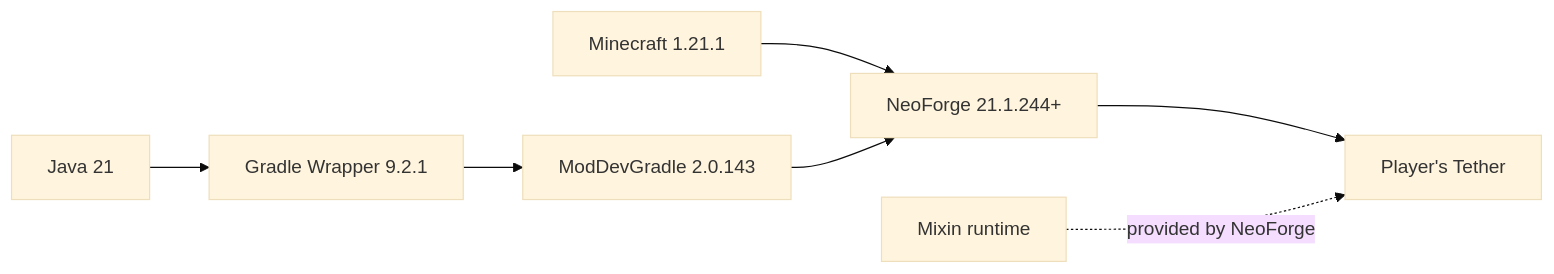
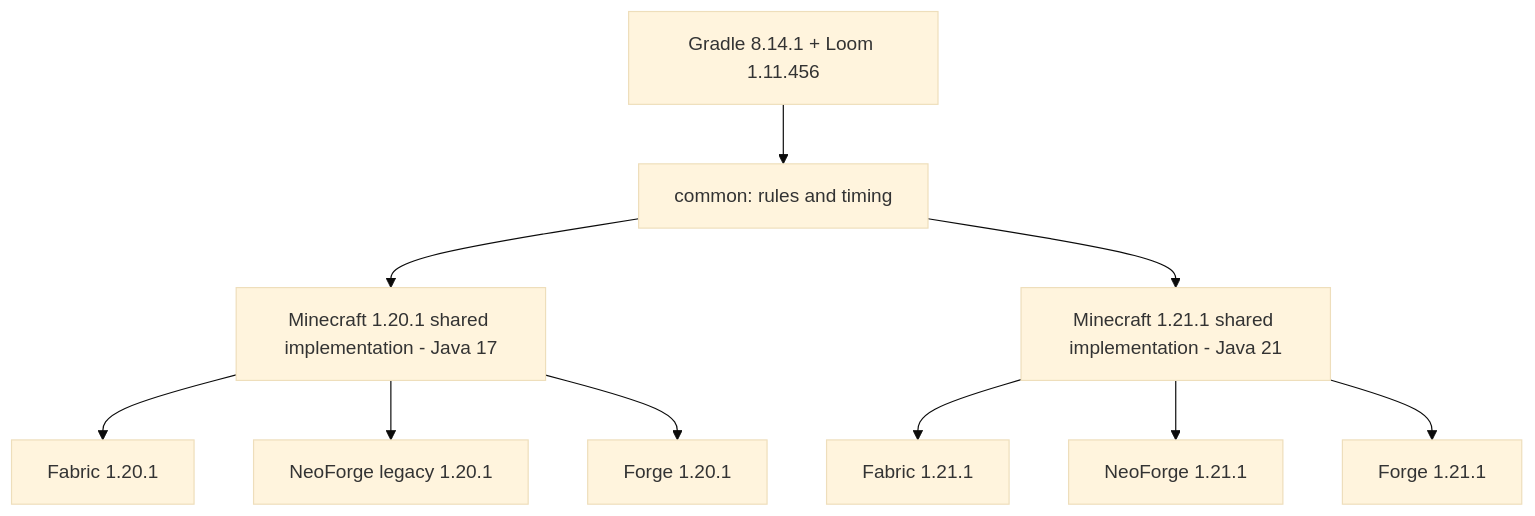
Before and after one commit to EeryFrank/Players-Tether-Easter-Egg-Version: the first of 2 diagrams in docs/DEPENDENCIES_AND_ARCHITECTURE.md, drawn with Mermaid (base theme). The commit also changed other lines of this file and 59 other files, not shown here.

````diff
--- a/docs/DEPENDENCIES_AND_ARCHITECTURE.md
+++ b/docs/DEPENDENCIES_AND_ARCHITECTURE.md
@@ -17,9 +24,12 @@
 ```mermaid
-flowchart LR
-    Java21["Java 21"] --> Gradle["Gradle Wrapper 9.2.1"]
-    Gradle --> MDG["ModDevGradle 2.0.143"]
-    Minecraft["Minecraft 1.21.1"] --> NeoForge["NeoForge 21.1.244+"]
-    MDG --> NeoForge
-    NeoForge --> Mod["Player's Tether"]
-    Mixin["Mixin runtime"] -. "provided by NeoForge" .-> Mod
+flowchart TD
+    Gradle["Gradle 8.14.1 + Loom 1.11.456"] --> Core["common: rules and timing"]
+    Core --> MC120["Minecraft 1.20.1 shared implementation - Java 17"]
+    Core --> MC121["Minecraft 1.21.1 shared implementation - Java 21"]
+    MC120 --> F120["Fabric 1.20.1"]
+    MC120 --> N120["NeoForge legacy 1.20.1"]
+    MC120 --> G120["Forge 1.20.1"]
+    MC121 --> F121["Fabric 1.21.1"]
+    MC121 --> N121["NeoForge 1.21.1"]
+    MC121 --> G121["Forge 1.21.1"]
 ```
````
